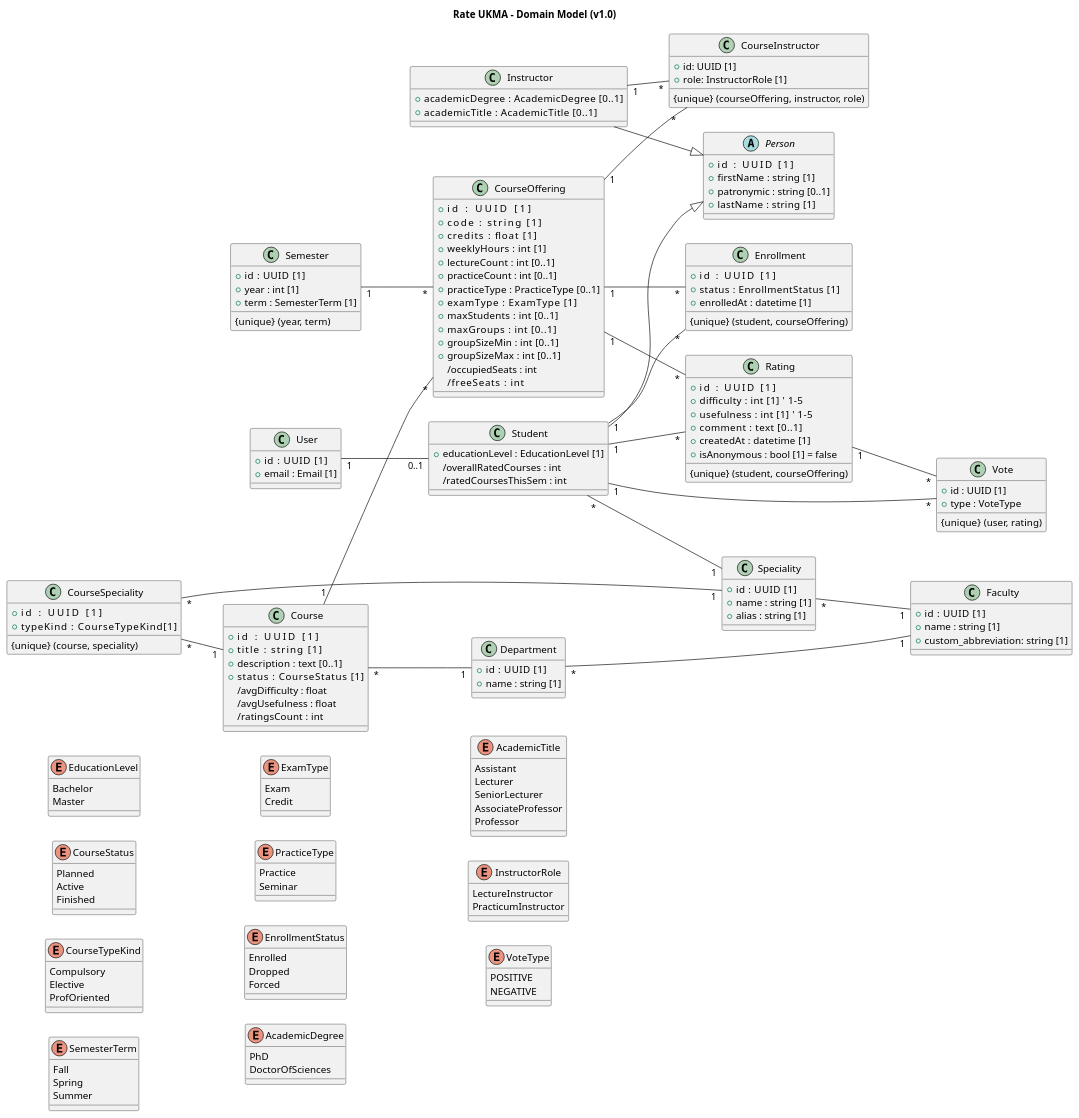
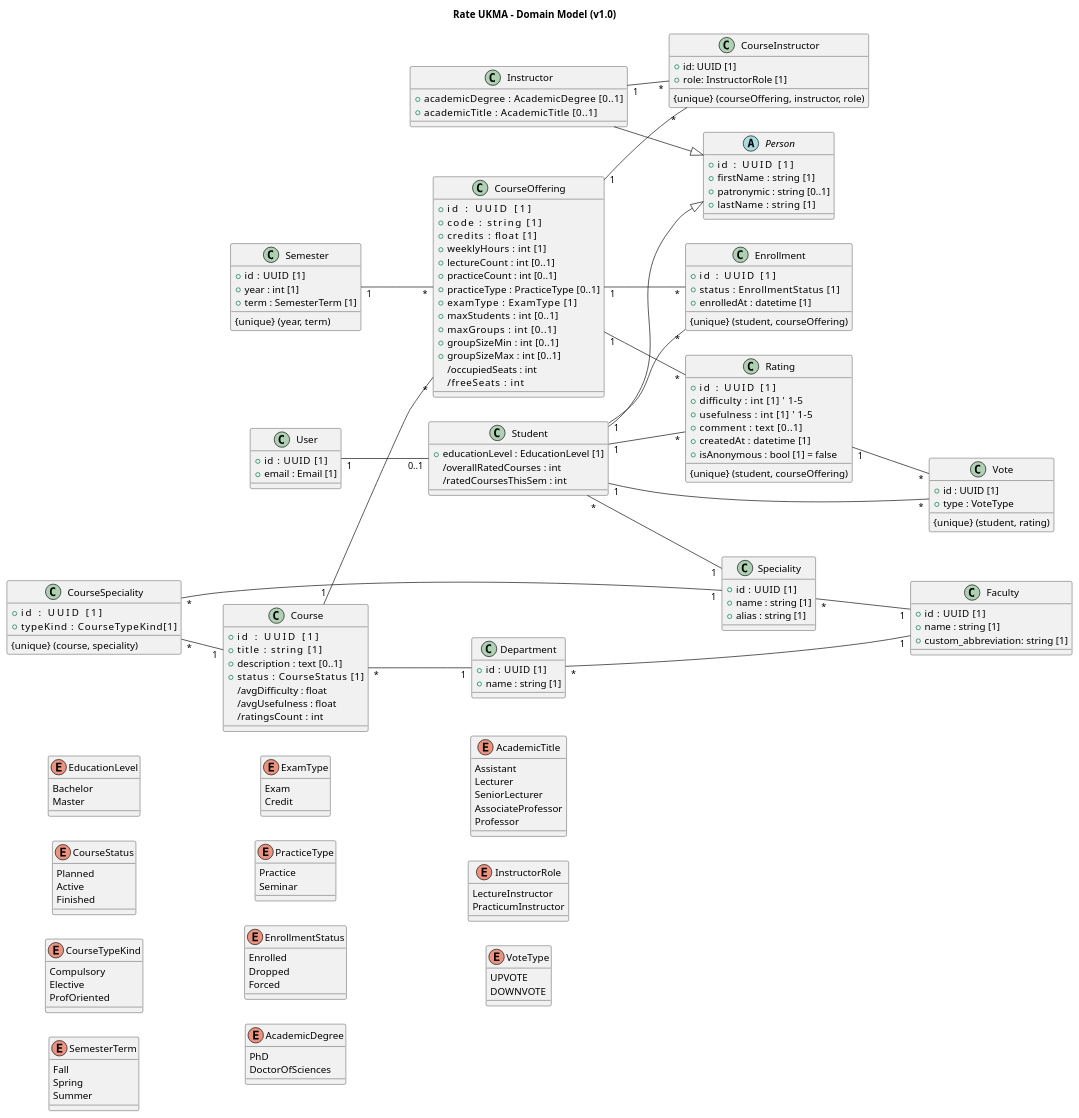
One commit to ukma-cs-ssdm-2025/rate-ukma changed the diagram in docs/architecture/uml/domain-model.puml. Above: the diagram before and after it, drawn with PlantUML.

Commit message:
fix(#281): domain model to match implementation

```diff
--- a/docs/architecture/uml/domain-model.puml
+++ b/docs/architecture/uml/domain-model.puml
@@ -1,195 +1,195 @@
 @startuml core-domain-model
 title Rate UKMA – Domain Model (v1.0)
 left to right direction
 
 class User {
   +id    : UUID [1]
   +email : Email [1]
 }
 
 abstract class Person {
   +id         : UUID [1]
   +firstName  : string [1]
   +patronymic : string [0..1]
   +lastName   : string [1]
 }
 
 class Student {
   +educationLevel : EducationLevel [1]
   /overallRatedCourses : int
   /ratedCoursesThisSem : int
 }
 User "1" -- "0..1" Student
 Student "*" -- "1" Speciality
 Student --|> Person
 
 class Instructor {
   +academicDegree     : AcademicDegree [0..1]
   +academicTitle      : AcademicTitle [0..1]
 }
 Instructor --|> Person
 
 class Faculty {
   +id   : UUID [1]
   +name : string [1]
   +custom_abbreviation: string [1]
 }
 
 class Department {
   +id   : UUID [1]
   +name : string [1]
 }
 Department "*" -- "1" Faculty
 
 class Speciality {
   +id   : UUID [1]
   +name : string [1]
   +alias : string [1]
 }
 Speciality "*" -- "1" Faculty
 
 class Course {
   +id           : UUID [1]
   +title        : string [1]
   +description  : text [0..1]
   +status       : CourseStatus [1]
   /avgDifficulty : float
   /avgUsefulness : float
   /ratingsCount  : int
 }
 Course "*" -- "1" Department
 
 class CourseSpeciality {
   +id           : UUID [1]
   +typeKind         : CourseTypeKind[1]
   {unique} (course, speciality)
 }
 CourseSpeciality "*" -- "1" Course
 CourseSpeciality "*" -- "1" Speciality
 
 class Semester {
   +id   : UUID [1]
   +year : int [1]
   +term : SemesterTerm [1]
   {unique} (year, term)
 }
 
 class CourseOffering {
   +id            : UUID [1]
   +code          : string [1]
   +credits       : float [1]
   +weeklyHours   : int [1]
   +lectureCount  : int [0..1]
   +practiceCount : int [0..1]
   +practiceType  : PracticeType [0..1]
   +examType      : ExamType [1]
   +maxStudents   : int [0..1]
   +maxGroups     : int [0..1]
   +groupSizeMin  : int [0..1]
   +groupSizeMax  : int [0..1]
   /occupiedSeats : int
   /freeSeats     : int
 }
 Course "1"   -- "*" CourseOffering
 Semester "1" -- "*" CourseOffering
 
 class CourseInstructor {
   +id: UUID [1]
   +role: InstructorRole [1]
   {unique} (courseOffering, instructor, role)
 }
 CourseOffering "1" -- "*" CourseInstructor
 Instructor "1" -- "*" CourseInstructor
 
 class Enrollment {
   +id         : UUID [1]
   +status     : EnrollmentStatus [1]
   +enrolledAt : datetime [1]
   {unique} (student, courseOffering)
 }
 Student "1"        -- "*" Enrollment
 CourseOffering "1" -- "*" Enrollment
 
 class Rating {
   +id         : UUID [1]
   +difficulty : int [1]    ' 1–5
   +usefulness : int [1]    ' 1–5
   +comment    : text [0..1]
   +createdAt  : datetime [1]
   +isAnonymous : bool [1] = false
   {unique} (student, courseOffering)
 }
 Student "1" -- "*" Rating
 CourseOffering  "1" -- "*" Rating
 
 class Vote {
   +id : UUID [1]
   +type : VoteType
-  {unique} (user, rating)
+  {unique} (student, rating)
 }
 
 Student "1" -- "*" Vote
 Rating "1" -- "*" Vote
 
 enum EducationLevel {
   Bachelor
   Master
 }
 
 enum CourseStatus {
   Planned
   Active
   Finished
 }
 
 enum CourseTypeKind {
   Compulsory
   Elective
   ProfOriented
 }
 
 enum SemesterTerm {
   Fall
   Spring
   Summer
 }
 
 enum ExamType {
   Exam
   Credit
 }
 
 enum PracticeType {
   Practice
   Seminar
 }
 
 enum EnrollmentStatus {
   Enrolled
   Dropped
   Forced
 }
 
 enum AcademicDegree {
   PhD
   DoctorOfSciences
 }
 
 enum AcademicTitle {
   Assistant
   Lecturer
   SeniorLecturer
   AssociateProfessor   
   Professor            
 }
 
 enum InstructorRole {
   LectureInstructor
   PracticumInstructor
 }
 
 enum VoteType {
-  POSITIVE
-  NEGATIVE
+  UPVOTE
+  DOWNVOTE
 }
 @enduml
```
